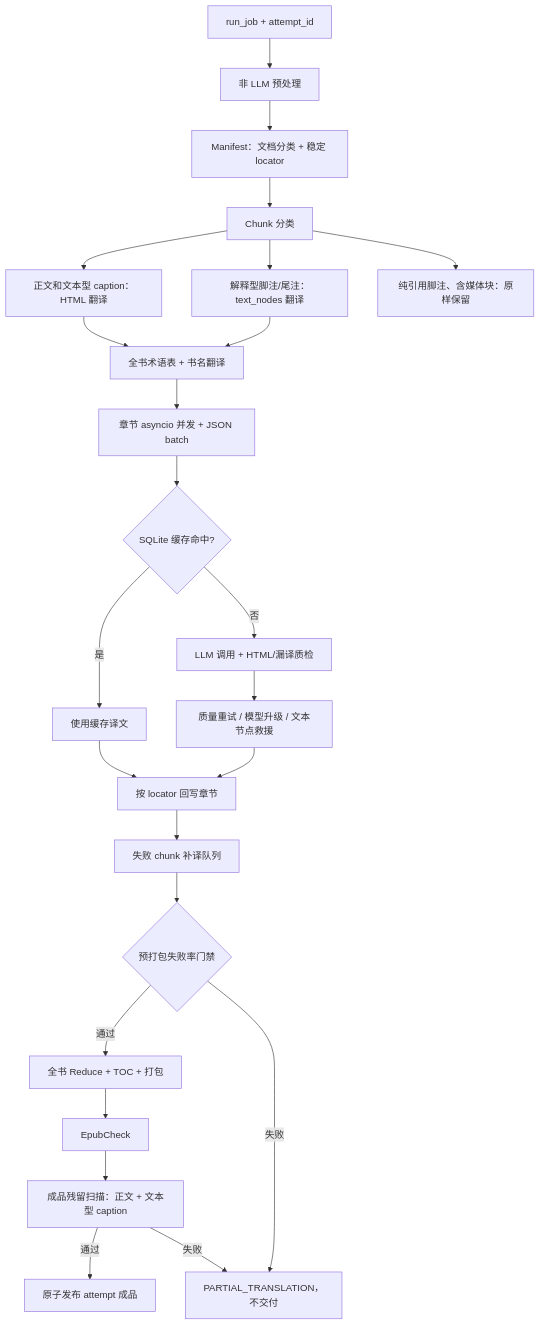
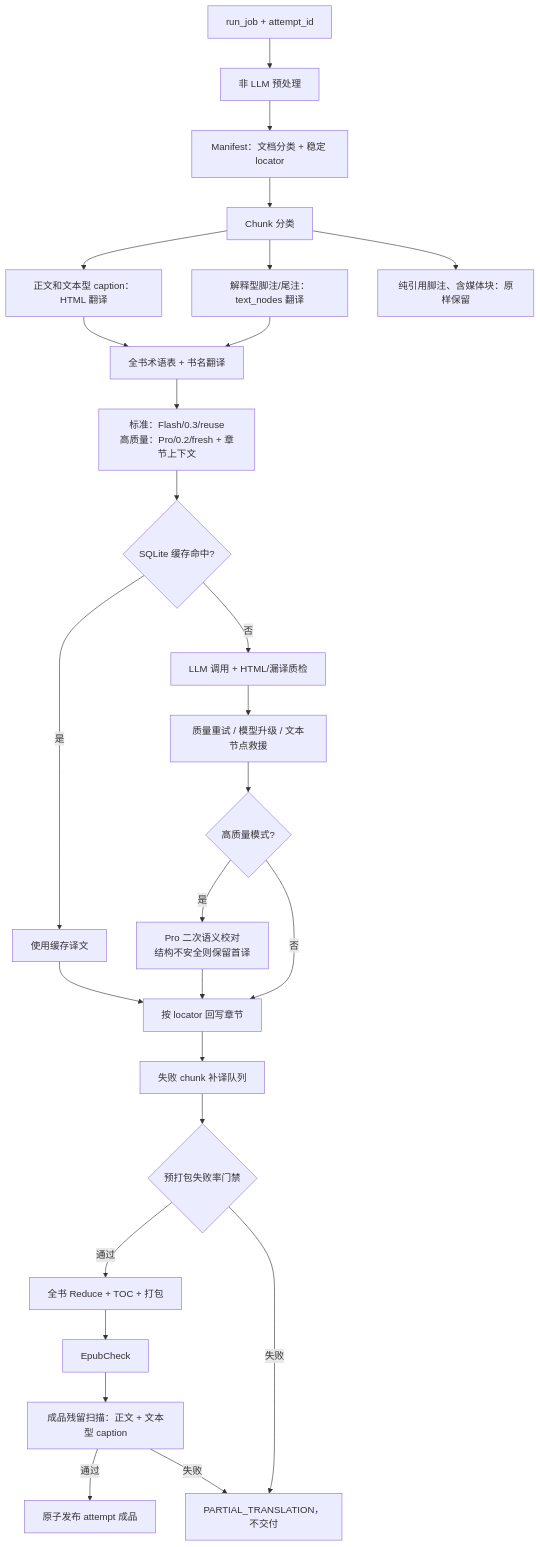
The second of 5 diagrams in docs/AI-TRANSLATION-DESIGN.md (zengchanghuan/epub-factory), drawn with Mermaid before and after one commit. The commit also changed other lines of this file and 27 other files, not shown here.

````diff
--- a/docs/AI-TRANSLATION-DESIGN.md
+++ b/docs/AI-TRANSLATION-DESIGN.md
@@ -99,26 +99,29 @@
 ```mermaid
 flowchart TD
     A["run_job + attempt_id"] --> B["非 LLM 预处理"]
     B --> C["Manifest：文档分类 + 稳定 locator"]
     C --> D["Chunk 分类"]
     D --> D1["正文和文本型 caption：HTML 翻译"]
     D --> D2["解释型脚注/尾注：text_nodes 翻译"]
     D --> D3["纯引用脚注、含媒体块：原样保留"]
     D1 --> E["全书术语表 + 书名翻译"]
     D2 --> E
-    E --> F["章节 asyncio 并发 + JSON batch"]
+    E --> F["标准：Flash/0.3/reuse<br/>高质量：Pro/0.2/fresh + 章节上下文"]
     F --> G{"SQLite 缓存命中?"}
     G -->|"是"| H["使用缓存译文"]
     G -->|"否"| I["LLM 调用 + HTML/漏译质检"]
     I --> J["质量重试 / 模型升级 / 文本节点救援"]
+    J --> J2{"高质量模式?"}
+    J2 -->|"是"| J3["Pro 二次语义校对<br/>结构不安全则保留首译"]
+    J2 -->|"否"| K
+    J3 --> K
     H --> K["按 locator 回写章节"]
-    J --> K
     K --> L["失败 chunk 补译队列"]
     L --> M{"预打包失败率门禁"}
     M -->|"通过"| N["全书 Reduce + TOC + 打包"]
     M -->|"失败"| X["PARTIAL_TRANSLATION，不交付"]
     N --> O["EpubCheck"]
     O --> P["成品残留扫描：正文 + 文本型 caption"]
     P -->|"通过"| Q["原子发布 attempt 成品"]
     P -->|"失败"| X
 ```
````
